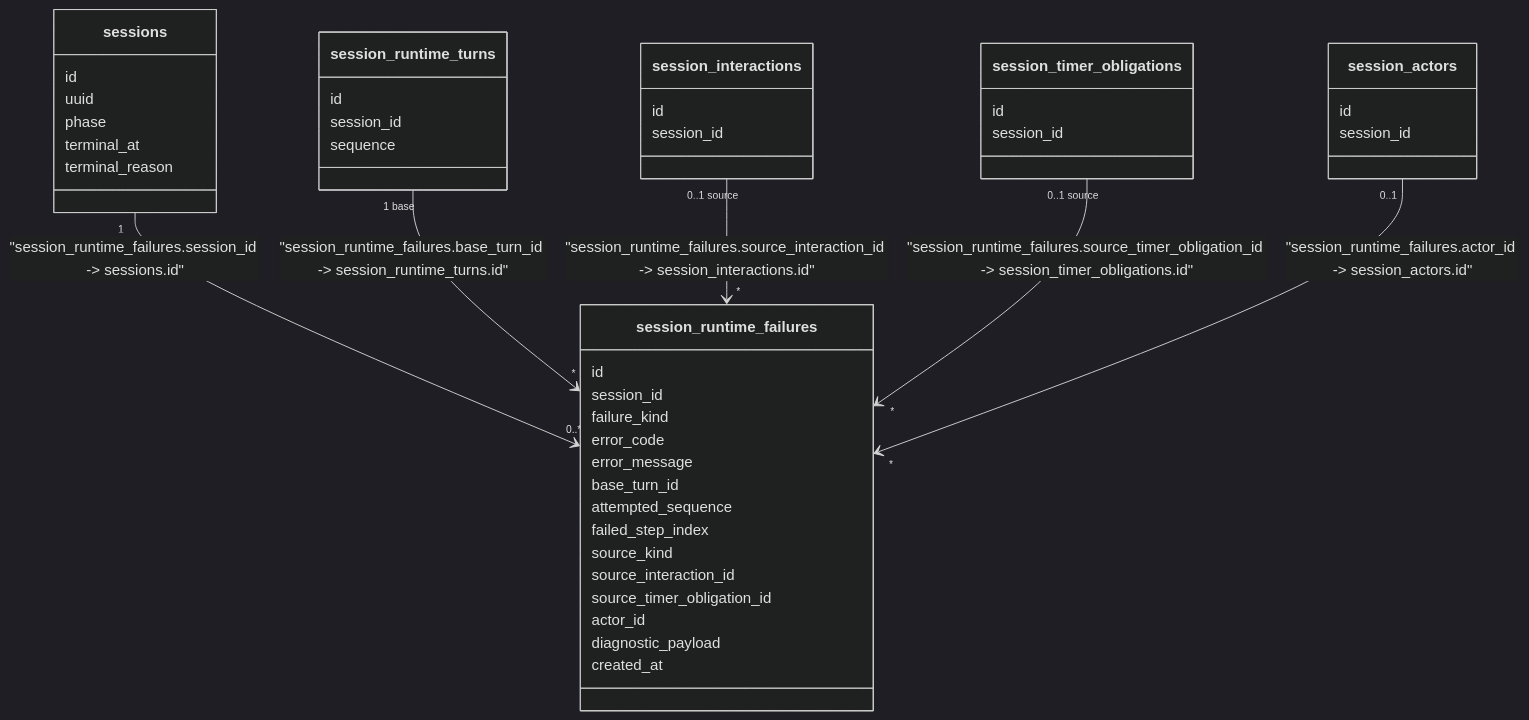
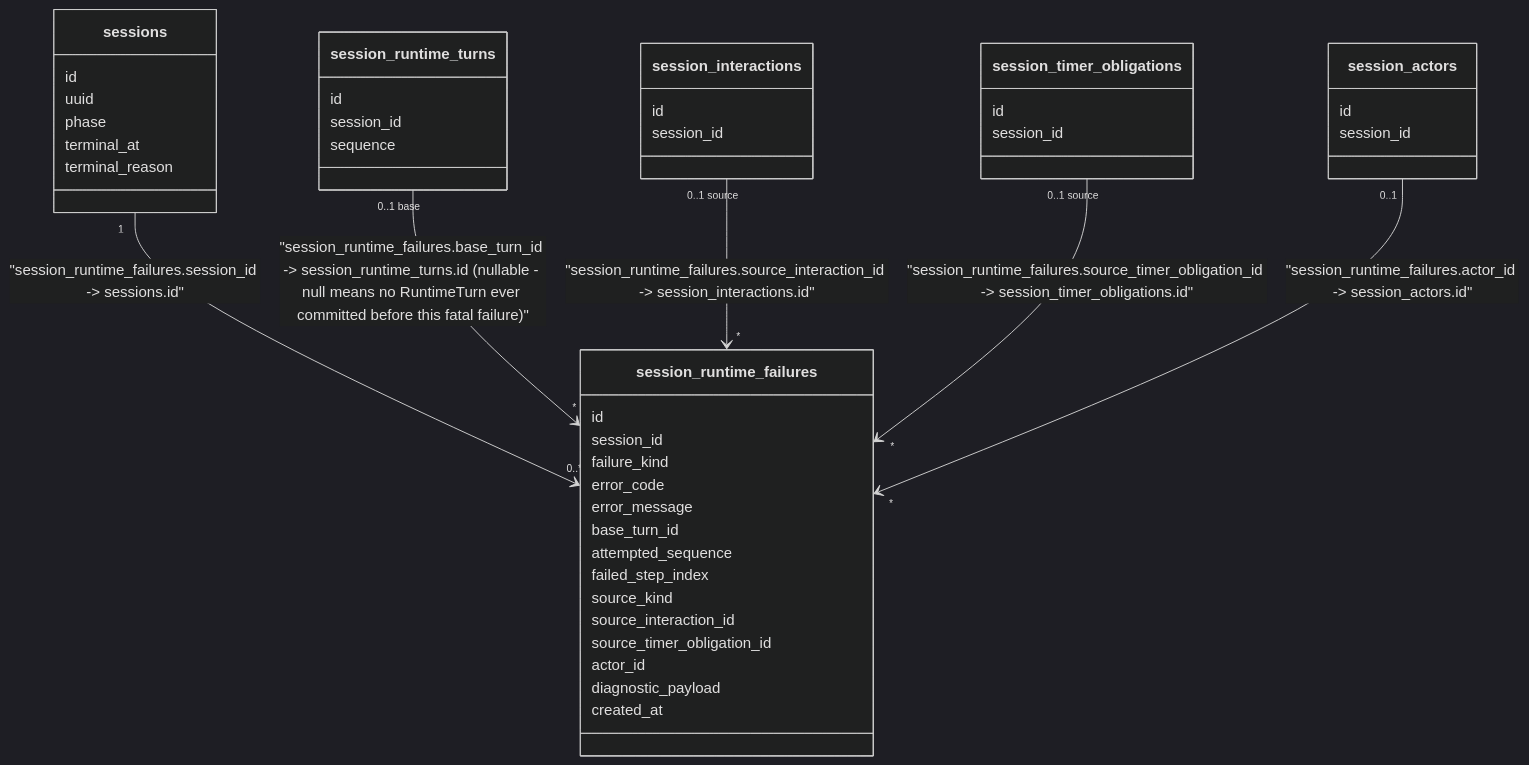
Before and after one commit to diegobermudez03/playhoot: the third of 4 diagrams in game/docs/SESSION_RUNTIME_PERSISTENCE_MODEL.md, drawn with Mermaid (dark theme). The commit also changed other lines of this file and 6 other files, not shown here.

````diff
--- a/game/docs/SESSION_RUNTIME_PERSISTENCE_MODEL.md
+++ b/game/docs/SESSION_RUNTIME_PERSISTENCE_MODEL.md
@@ -218,49 +230,49 @@
 ```mermaid
 classDiagram
     class sessions {
         id
         uuid
         phase
         terminal_at
         terminal_reason
     }
     class session_runtime_turns {
         id
         session_id
         sequence
     }
     class session_interactions {
         id
         session_id
     }
     class session_timer_obligations {
         id
         session_id
     }
     class session_actors {
         id
         session_id
     }
     class session_runtime_failures {
         id
         session_id
         failure_kind
         error_code
         error_message
         base_turn_id
         attempted_sequence
         failed_step_index
         source_kind
         source_interaction_id
         source_timer_obligation_id
         actor_id
         diagnostic_payload
         created_at
     }
 
     sessions "1" --> "0..*" session_runtime_failures : "session_runtime_failures.session_id -> sessions.id"
-    session_runtime_turns "1 base" --> "*" session_runtime_failures : "session_runtime_failures.base_turn_id -> session_runtime_turns.id"
+    session_runtime_turns "0..1 base" --> "*" session_runtime_failures : "session_runtime_failures.base_turn_id -> session_runtime_turns.id (nullable - null means no RuntimeTurn ever committed before this fatal failure)"
     session_interactions "0..1 source" --> "*" session_runtime_failures : "session_runtime_failures.source_interaction_id -> session_interactions.id"
     session_timer_obligations "0..1 source" --> "*" session_runtime_failures : "session_runtime_failures.source_timer_obligation_id -> session_timer_obligations.id"
     session_actors "0..1" --> "*" session_runtime_failures : "session_runtime_failures.actor_id -> session_actors.id"
 ```
````
